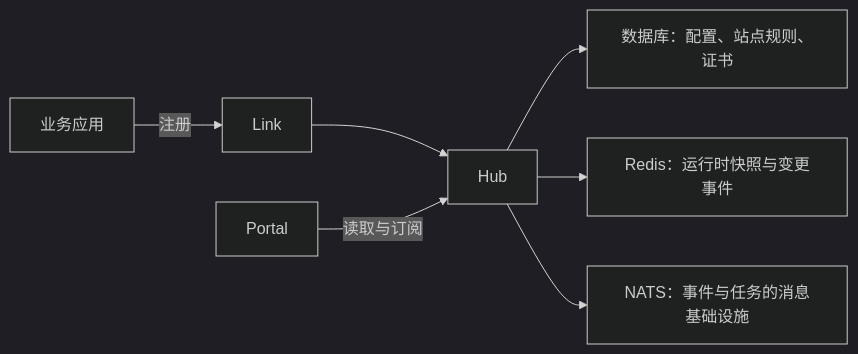
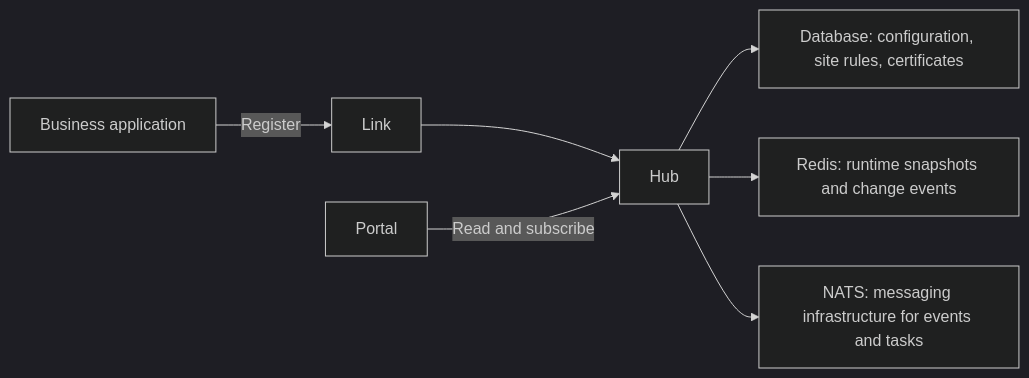
The diagram in docs/runtime/hub.md (yorun-ai/vine-site), drawn with Mermaid (dark theme) before and after one commit. The commit also changed other lines of this file and 107 other files, not shown here.

````diff
--- a/docs/runtime/hub.md
+++ b/docs/runtime/hub.md
@@ -9,9 +9,9 @@
 ```mermaid
 flowchart LR
-  App["业务应用"] -->|"注册"| Link["Link"]
+  App["Business application"] -->|"Register"| Link["Link"]
   Link --> Hub["Hub"]
-  Portal["Portal"] -->|"读取与订阅"| Hub
-  Hub --> DB["数据库：配置、站点规则、证书"]
-  Hub --> Redis["Redis：运行时快照与变更事件"]
-  Hub --> NATS["NATS：事件与任务的消息基础设施"]
+  Portal["Portal"] -->|"Read and subscribe"| Hub
+  Hub --> DB["Database: configuration, site rules, certificates"]
+  Hub --> Redis["Redis: runtime snapshots and change events"]
+  Hub --> NATS["NATS: messaging infrastructure for events and tasks"]
 ```
````
